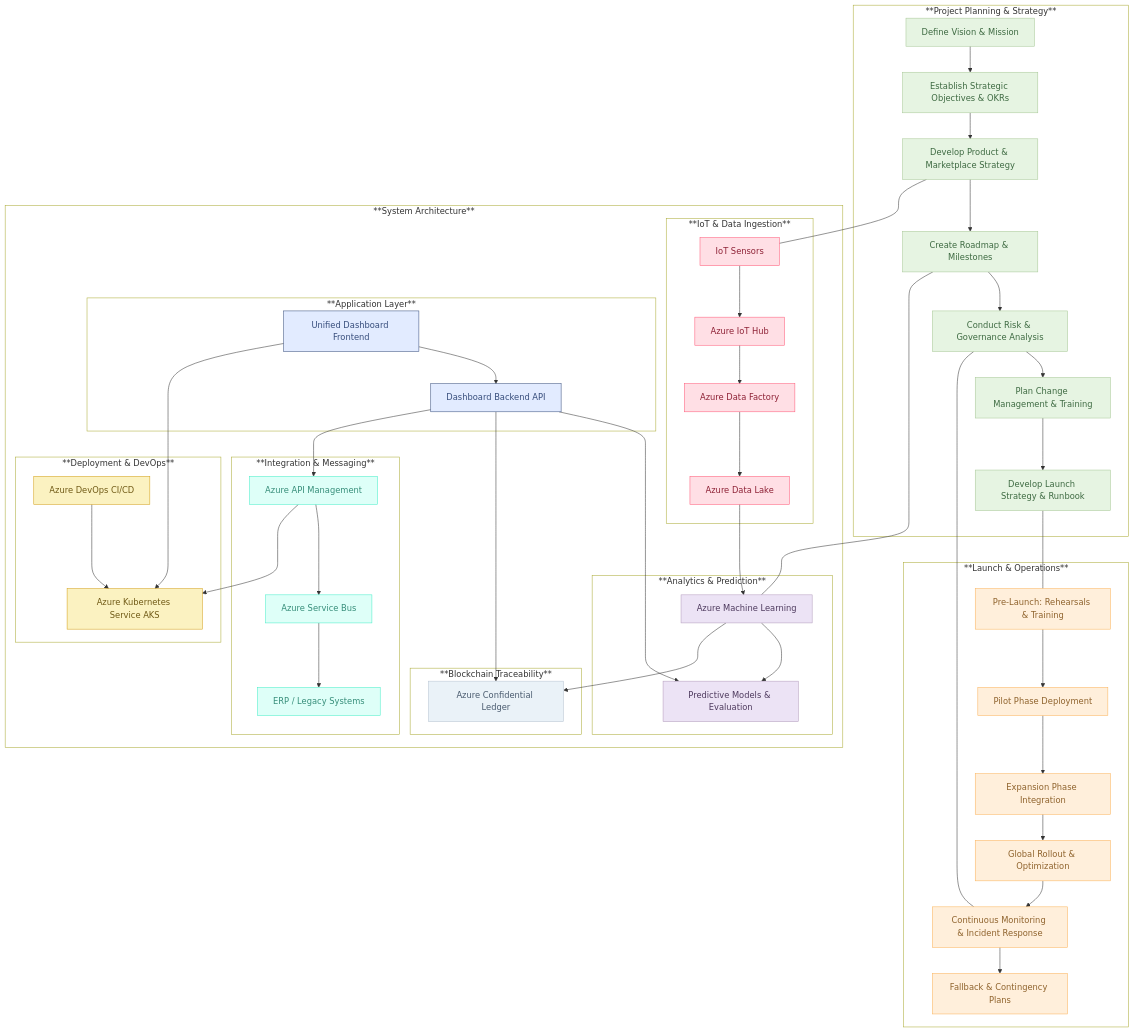
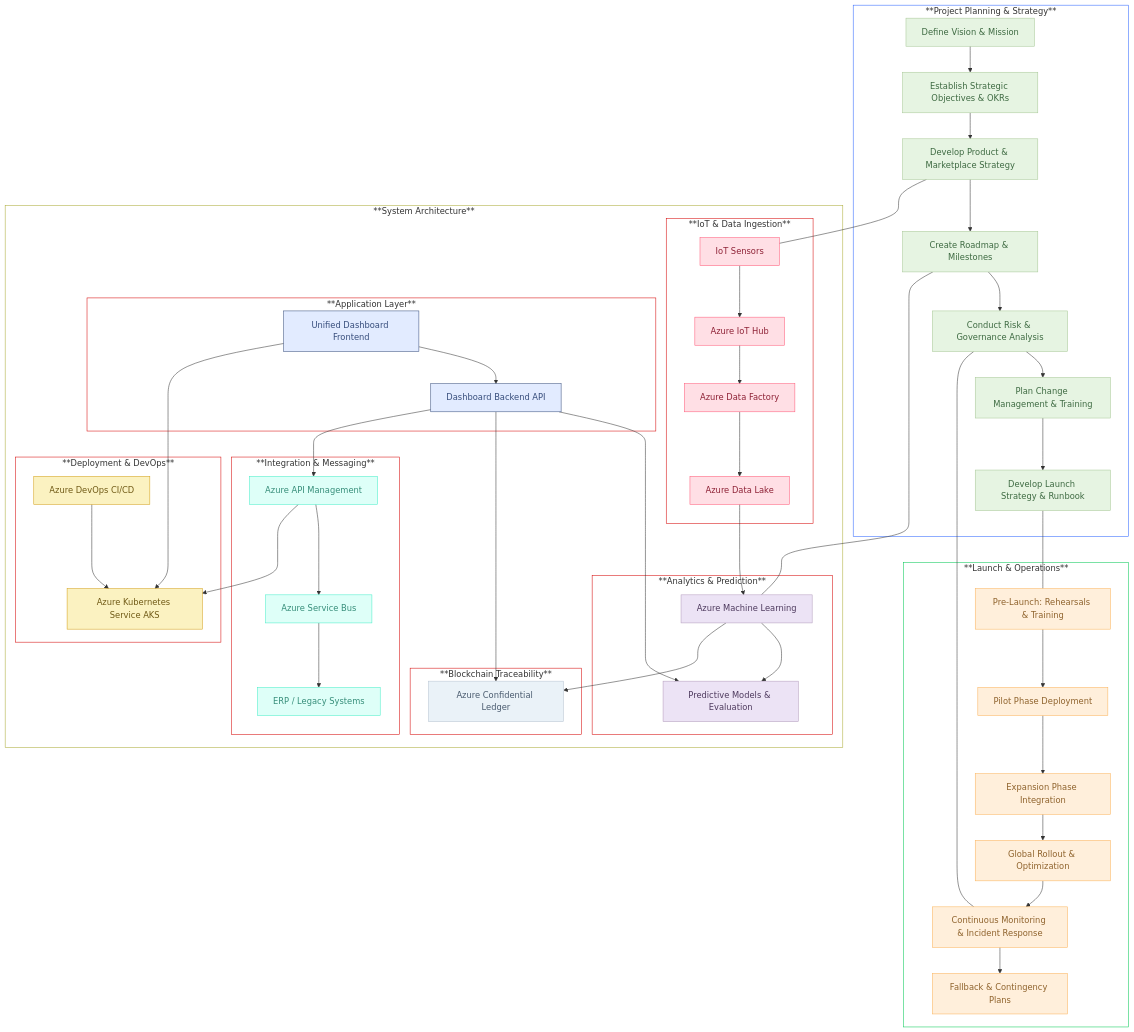
Before and after one commit to suprachakra/AlumiCatalyst: the diagram in README.md, drawn with Mermaid.

````diff
--- a/README.md
+++ b/README.md
@@ -129,13 +129,13 @@
     classDef Sky stroke-width:1px, stroke-dasharray:none, stroke:#374D7C, fill:#E2EBFF, color:#374D7C
     classDef CezannePeach stroke-width:1px, stroke-dasharray:none, stroke:#E2A07D, fill:#FBE7DA, color:#6D4532
     classDef Peach stroke-width:1px, stroke-dasharray:none, stroke:#FBB35A, fill:#FFEFDB, color:#8F632D
-    style subGraph1 fill:transparent
-    style subGraph2 fill:transparent
-    style subGraph3 fill:transparent
-    style subGraph4 fill:transparent
-    style subGraph5 fill:transparent
-    style subGraph6 fill:transparent
+    style subGraph1 fill:transparent,stroke:#D50000
+    style subGraph2 fill:transparent,stroke:#D50000
+    style subGraph3 fill:transparent,stroke:#D50000
+    style subGraph4 fill:transparent,stroke:#D50000
+    style subGraph5 fill:transparent,stroke:#D50000
+    style subGraph6 fill:transparent,stroke:#D50000
     style subGraph7 fill:transparent
-    style subGraph0 fill:transparent
-    style subGraph8 fill:transparent
+    style subGraph0 fill:transparent,stroke:#2962FF
+    style subGraph8 fill:transparent,stroke:#00C853
 ```
````
